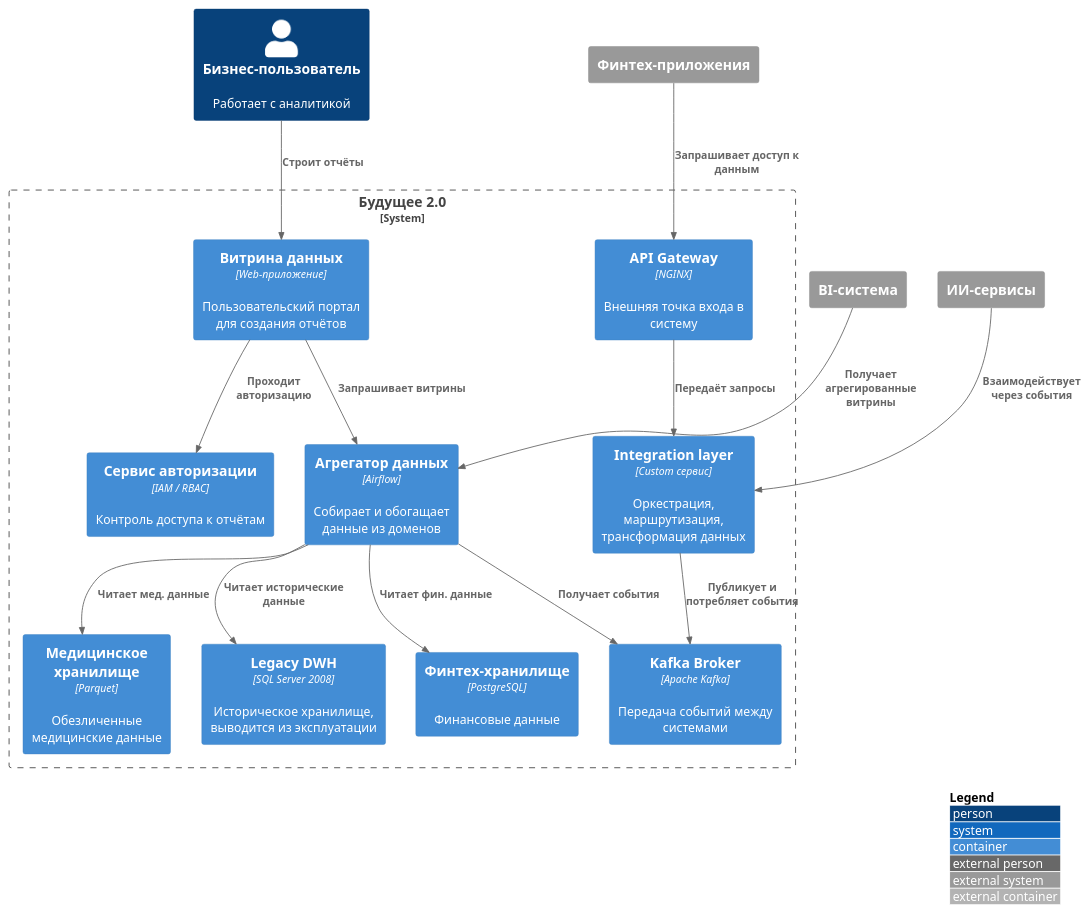
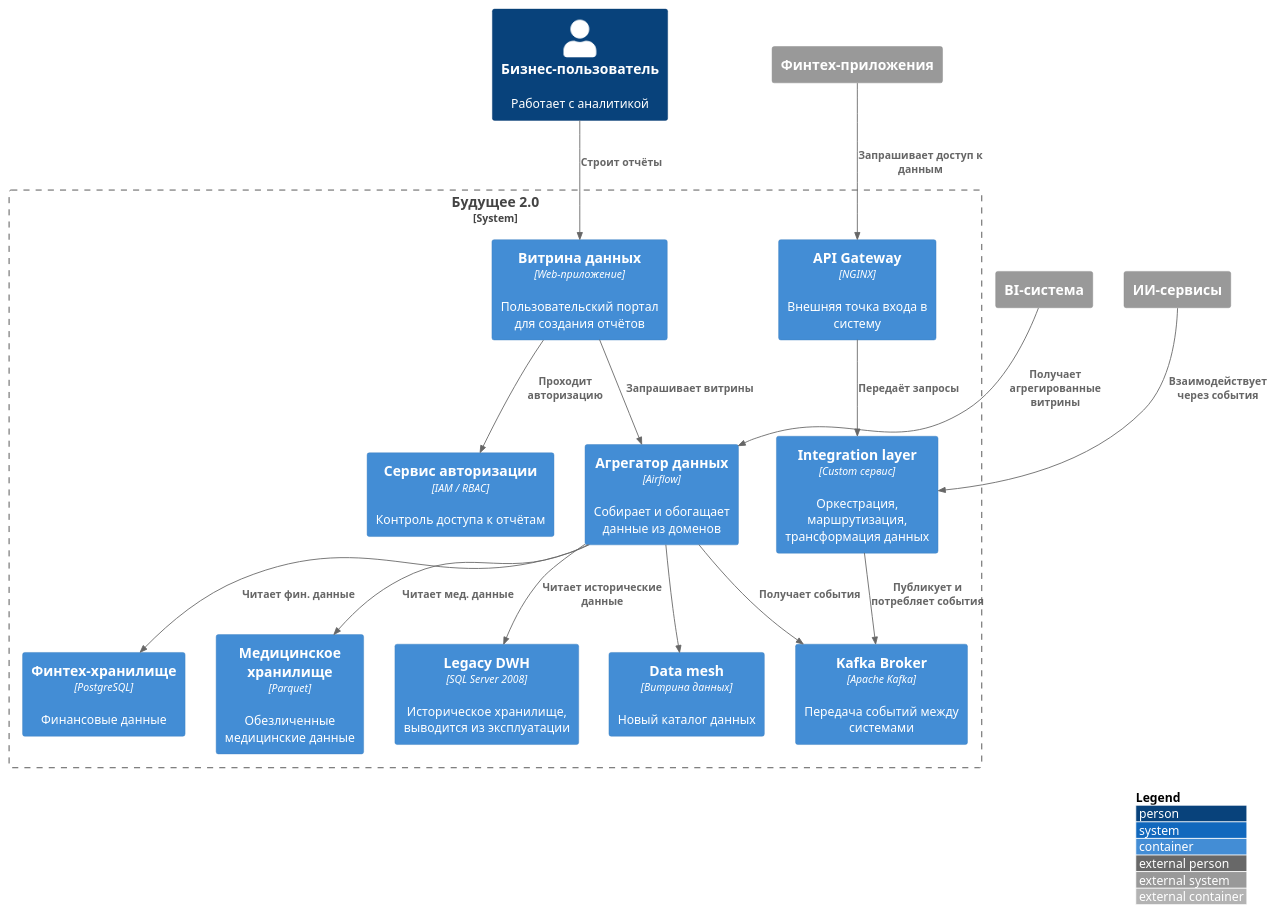
The diagram in Task1/C4.puml (nicklson1/architecture-future_2_0), drawn with PlantUML before and after one commit.

```diff
--- a/Task1/C4.puml
+++ b/Task1/C4.puml
@@ -2,39 +2,41 @@
 @startuml C4_Container
 !include https://raw.githubusercontent.com/plantuml-stdlib/C4-PlantUML/master/C4_Container.puml
 
 LAYOUT_WITH_LEGEND()
 
 Person(businessUser, "Бизнес-пользователь", "Работает с аналитикой")
 
 System_Boundary(system, "Будущее 2.0") {
 
     Container(portal, "Витрина данных", "Web-приложение", "Пользовательский портал для создания отчётов")
     Container(authService, "Сервис авторизации", "IAM / RBAC", "Контроль доступа к отчётам")
     Container(dataAggregator, "Агрегатор данных", "Airflow", "Собирает и обогащает данные из доменов")
     Container(finDataStore, "Финтех-хранилище", "PostgreSQL", "Финансовые данные")
     Container(medDataStore, "Медицинское хранилище", "Parquet", "Обезличенные медицинские данные")
     Container(legacyDWH, "Legacy DWH", "SQL Server 2008", "Историческое хранилище, выводится из эксплуатации")
+    Container(dataMesh, "Data mesh", "Витрина данных", "Новый каталог данных")
     Container(kafka, "Kafka Broker", "Apache Kafka", "Передача событий между системами")
     Container(integration, "Integration layer", "Custom сервис", "Оркестрация, маршрутизация, трансформация данных")
     Container(apiGateway, "API Gateway", "NGINX", "Внешняя точка входа в систему")
 
 }
 
 System_Ext(biSystem, "BI-система")
 System_Ext(aiService, "ИИ-сервисы")
 System_Ext(fintechApp, "Финтех-приложения")
 
 Rel(businessUser, portal, "Строит отчёты")
 Rel(portal, authService, "Проходит авторизацию")
 Rel(portal, dataAggregator, "Запрашивает витрины")
 Rel(dataAggregator, finDataStore, "Читает фин. данные")
 Rel(dataAggregator, medDataStore, "Читает мед. данные")
 Rel(dataAggregator, legacyDWH, "Читает исторические данные")
+Rel(dataAggregator, dataMesh, "")
 Rel(dataAggregator, kafka, "Получает события")
 Rel(apiGateway, integration, "Передаёт запросы")
 Rel(integration, kafka, "Публикует и потребляет события")
 Rel(aiService, integration, "Взаимодействует через события")
 Rel(fintechApp, apiGateway, "Запрашивает доступ к данным")
 Rel(biSystem, dataAggregator, "Получает агрегированные витрины")
 
 @enduml
```
